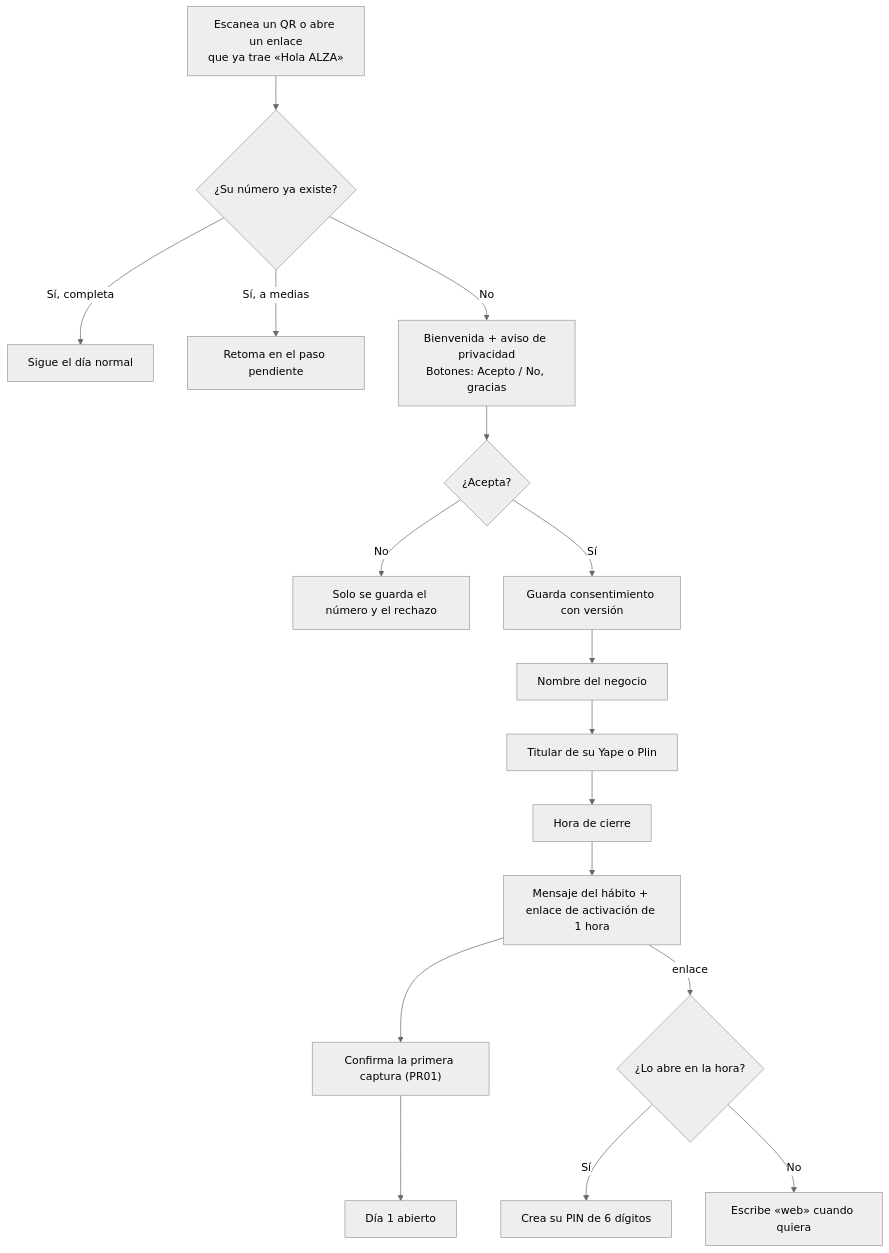
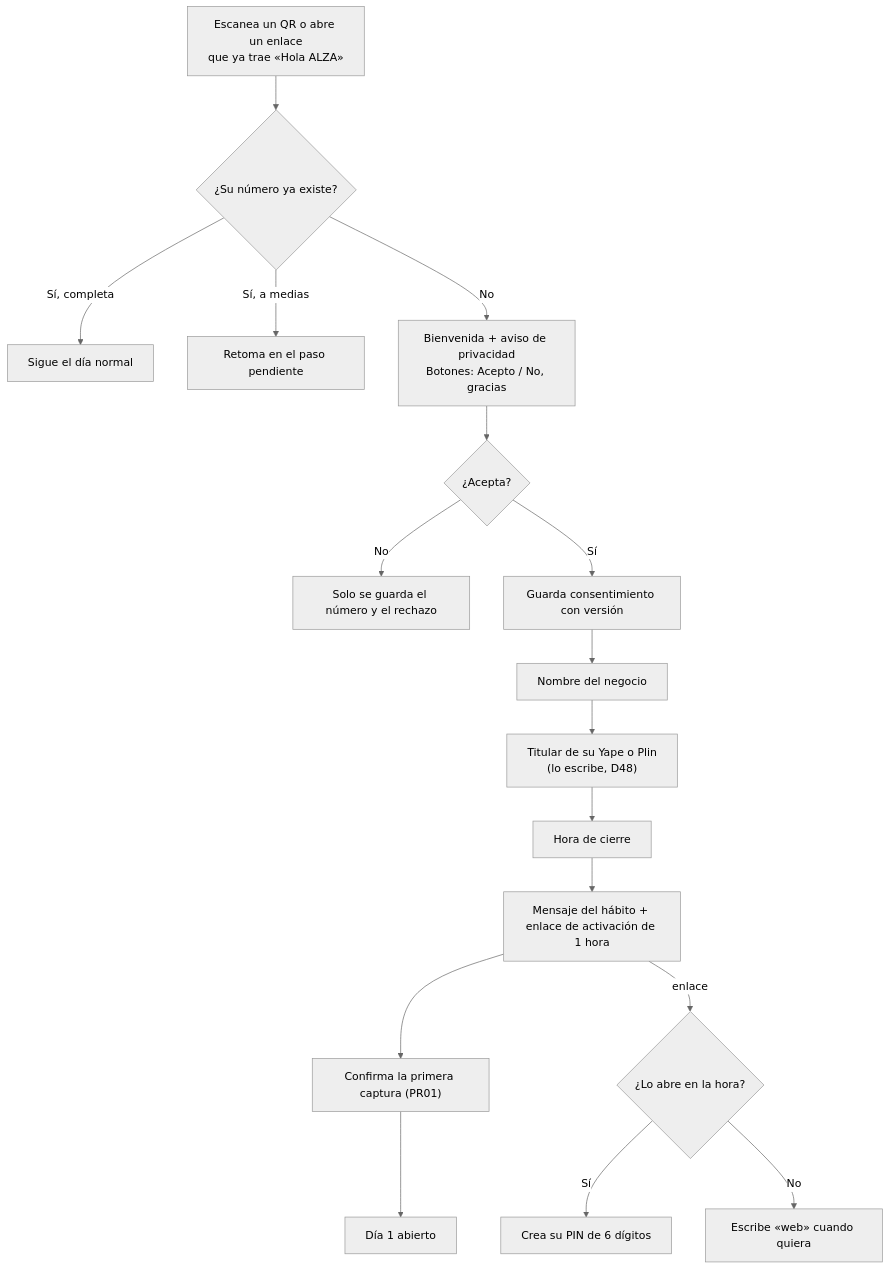
The first of 7 diagrams in docs/ALZA_PRODUCT_SPEC.md (NahiaEscalante/alza-project), drawn with Mermaid (neutral theme) before and after one commit. The commit also changed other lines of this file and 2 other files, not shown here.

````diff
--- a/docs/ALZA_PRODUCT_SPEC.md
+++ b/docs/ALZA_PRODUCT_SPEC.md
@@ -284,16 +307,16 @@
 ```mermaid
 flowchart TD
     A1["Escanea un QR o abre un enlace<br/>que ya trae «Hola ALZA»"] --> A2{"¿Su número ya existe?"}
     A2 -->|Sí, completa| A2a["Sigue el día normal"]
     A2 -->|Sí, a medias| A2b["Retoma en el paso pendiente"]
     A2 -->|No| A3["Bienvenida + aviso de privacidad<br/>Botones: Acepto / No, gracias"]
     A3 --> A4{"¿Acepta?"}
     A4 -->|No| A4n["Solo se guarda el número y el rechazo"]
     A4 -->|Sí| A5["Guarda consentimiento con versión"]
-    A5 --> A6["Nombre del negocio"] --> A7["Titular de su Yape o Plin"] --> A8["Hora de cierre"]
+    A5 --> A6["Nombre del negocio"] --> A7["Titular de su Yape o Plin<br/>(lo escribe, D48)"] --> A8["Hora de cierre"]
     A8 --> A9["Mensaje del hábito + enlace de activación de 1 hora"]
     A9 --> A10["Confirma la primera captura (PR01)"] --> A11["Día 1 abierto"]
     A9 -->|enlace| A12{"¿Lo abre en la hora?"}
     A12 -->|Sí| A13["Crea su PIN de 6 dígitos"]
     A12 -->|No| A14["Escribe «web» cuando quiera"]
 ```
````
